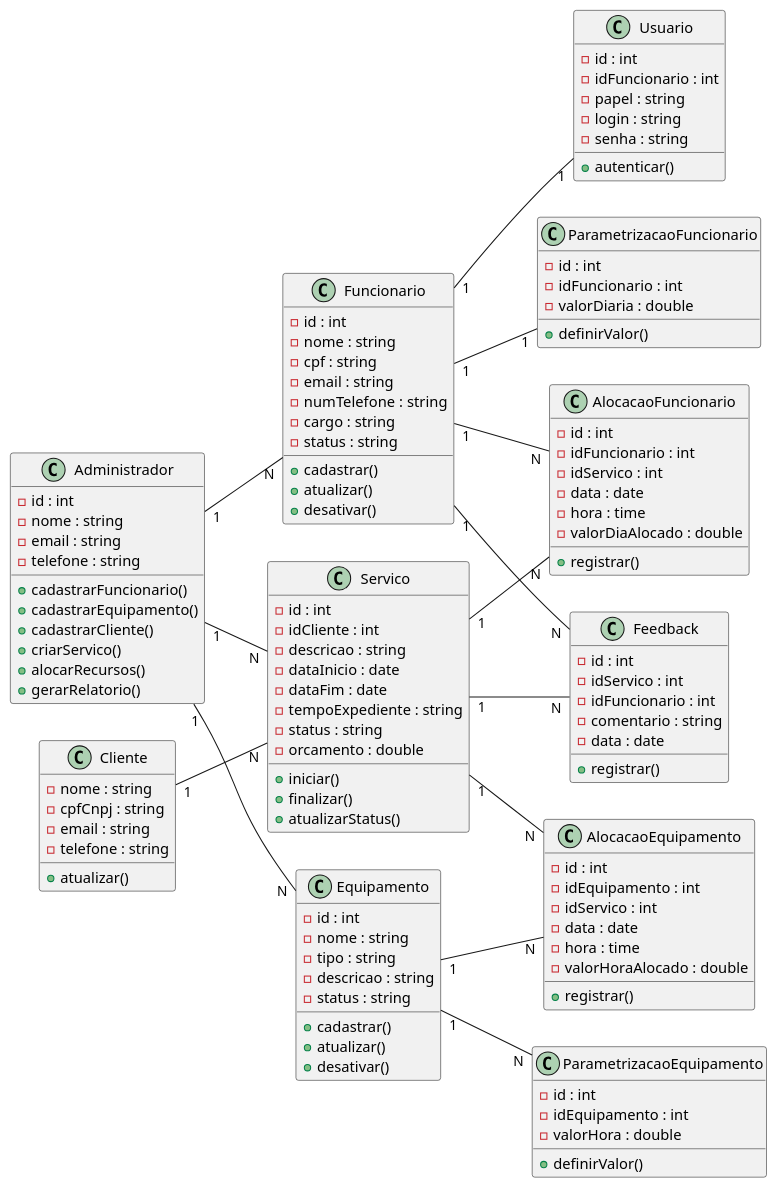
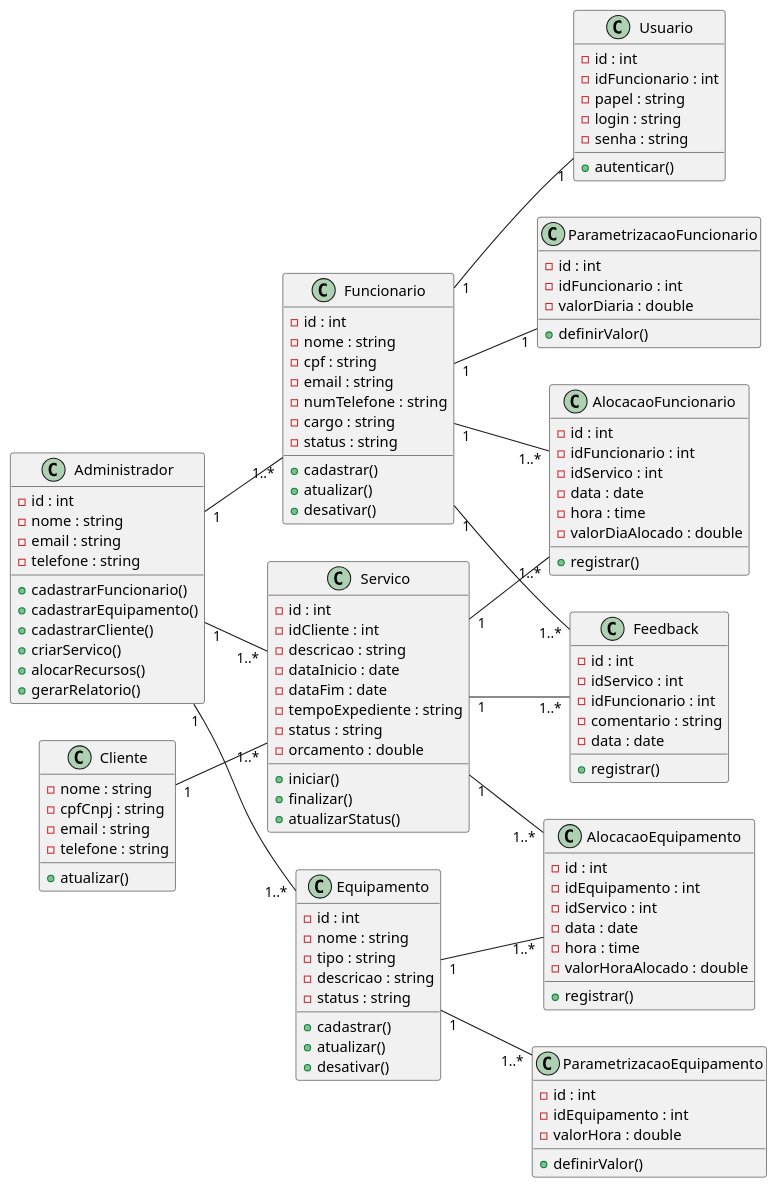
The diagram in Documentação/DiagramaClasses.puml (IcoEzequiel/2PiStudio_EstSuper), drawn with PlantUML before and after one commit. The commit also changed 2 other files, not shown here.

Commit message:
Adicionando a barra de navegação e modificando o plant uml

```diff
--- a/Documentação/DiagramaClasses.puml
+++ b/Documentação/DiagramaClasses.puml
@@ -1,133 +1,133 @@
 @startuml
 left to right direction
 
 class Administrador {
     - id : int
     - nome : string
     - email : string
     - telefone : string
     + cadastrarFuncionario()
     + cadastrarEquipamento()
     + cadastrarCliente()
     + criarServico()
     + alocarRecursos()
     + gerarRelatorio()
 }
 
 class Funcionario {
   - id : int
   - nome : string
   - cpf : string
   - email : string
   - numTelefone : string
   - cargo : string
   - status : string
   + cadastrar()
   + atualizar()
   + desativar()
 }
 
 class Equipamento {
   - id : int
   - nome : string
   - tipo : string
   - descricao : string
   - status : string
   + cadastrar()
   + atualizar()
   + desativar()
 }
 
 class ParametrizacaoFuncionario {
   - id : int
   - idFuncionario : int
   - valorDiaria : double
   + definirValor()
 }
 
 class ParametrizacaoEquipamento {
   - id : int
   - idEquipamento : int
   - valorHora : double
   + definirValor()
 }
 
 class Cliente {
   - nome : string
   - cpfCnpj : string
   - email : string
   - telefone : string
   + atualizar()
 }
 
 class Servico {
   - id : int
   - idCliente : int
   - descricao : string
   - dataInicio : date
   - dataFim : date
   - tempoExpediente : string
   - status : string
   - orcamento : double
   + iniciar()
   + finalizar()
   + atualizarStatus()
 }
 
 class AlocacaoFuncionario {
   - id : int
   - idFuncionario : int
   - idServico : int
   - data : date
   - hora : time
   - valorDiaAlocado : double
   + registrar()
 }
 
 class AlocacaoEquipamento {
   - id : int
   - idEquipamento : int
   - idServico : int
   - data : date
   - hora : time
   - valorHoraAlocado : double
   + registrar()
 }
 
 class Feedback {
   - id : int
   - idServico : int
   - idFuncionario : int
   - comentario : string
   - data : date
   + registrar()
 }
 
 class Usuario {
   - id : int
   - idFuncionario : int
   - papel : string
   - login : string
   - senha : string
   + autenticar()
 }
 
 'Relacionamentos principais
-Administrador "1" -- "N" Funcionario
-Administrador "1" -- "N" Equipamento
-Administrador "1" -- "N" Servico
+Administrador "1" -- "1..*" Funcionario
+Administrador "1" -- "1..*" Equipamento
+Administrador "1" -- "1..*" Servico
 
 Funcionario "1" -- "1" ParametrizacaoFuncionario
-Funcionario "1" -- "N" AlocacaoFuncionario
-Funcionario "1" -- "N" Feedback
+Funcionario "1" -- "1..*" AlocacaoFuncionario
+Funcionario "1" -- "1..*" Feedback
 Funcionario "1" -- "1" Usuario
 
-Equipamento "1" -- "N" AlocacaoEquipamento
-Equipamento "1" -- "N" ParametrizacaoEquipamento
+Equipamento "1" -- "1..*" AlocacaoEquipamento
+Equipamento "1" -- "1..*" ParametrizacaoEquipamento
 
-Cliente "1" -- "N" Servico
+Cliente "1" -- "1..*" Servico
 
-Servico "1" -- "N" AlocacaoFuncionario
-Servico "1" -- "N" AlocacaoEquipamento
-Servico "1" -- "N" Feedback
+Servico "1" -- "1..*" AlocacaoFuncionario
+Servico "1" -- "1..*" AlocacaoEquipamento
+Servico "1" -- "1..*" Feedback
 @enduml
```
